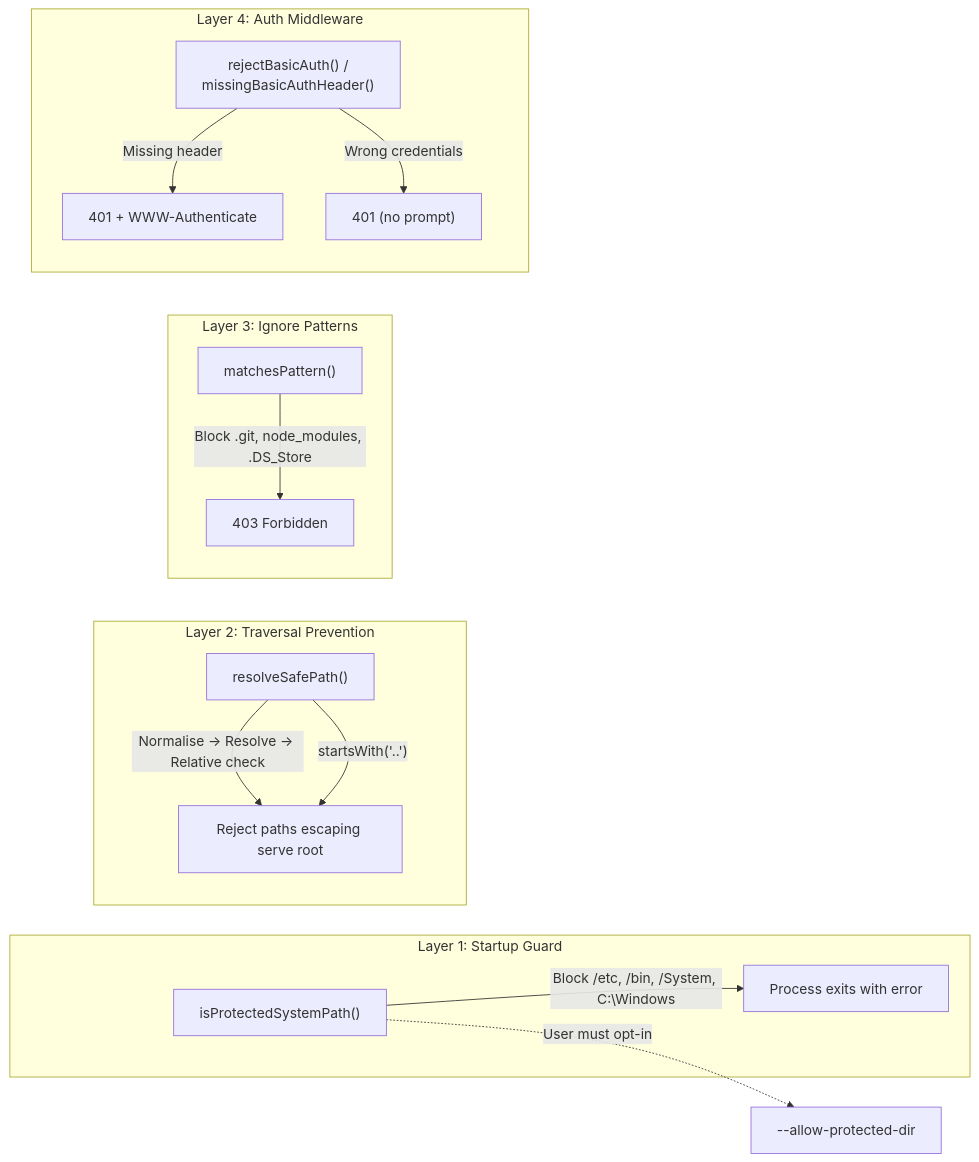
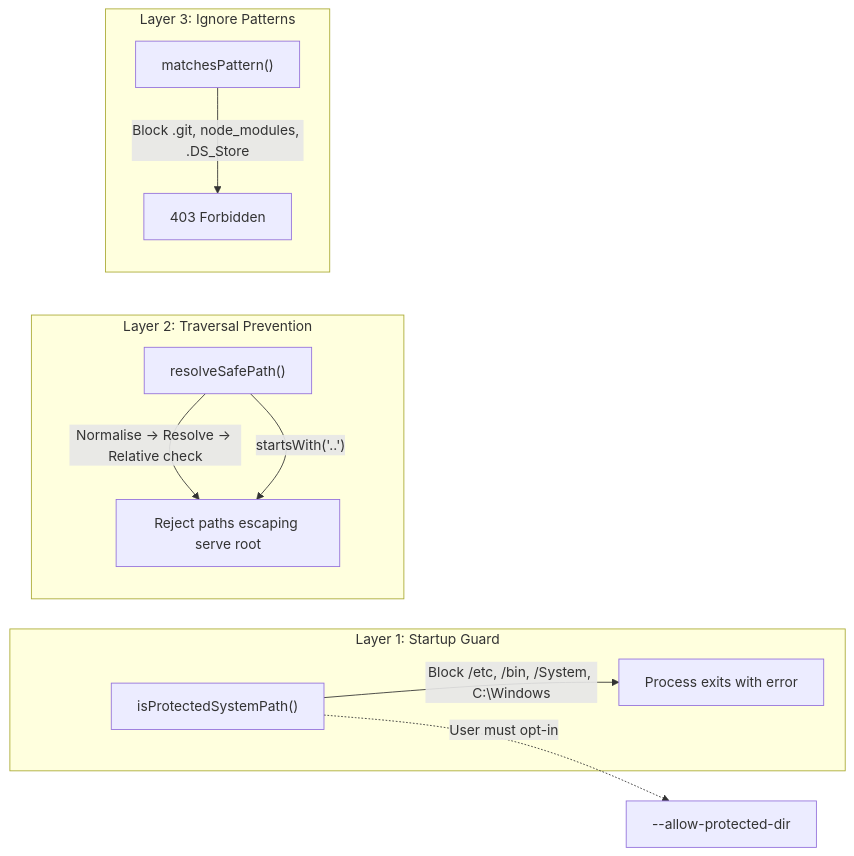
Before and after one commit to MetalbolicX/httpath: the sixth of 7 diagrams in docs/architecture.md, drawn with Mermaid. The commit also changed other lines of this file and 21 other files, not shown here.

````diff
--- a/docs/architecture.md
+++ b/docs/architecture.md
@@ -289,22 +279,17 @@
 ```mermaid
 flowchart LR
     subgraph "Layer 1: Startup Guard"
         A["isProtectedSystemPath()"] -->|Block /etc, /bin, /System, C:\Windows| B[Process exits with error]
     end
 
     subgraph "Layer 2: Traversal Prevention"
         C["resolveSafePath()"] -->|Normalise → Resolve → Relative check| D["Reject paths escaping serve root"]
     end
 
     subgraph "Layer 3: Ignore Patterns"
         E["matchesPattern()"] -->|Block .git, node_modules, .DS_Store| F["403 Forbidden"]
     end
 
-    subgraph "Layer 4: Auth Middleware"
-        H["rejectBasicAuth() /<br>missingBasicAuthHeader()"] -->|"Missing header"| I["401 + WWW-Authenticate"]
-        H -->|"Wrong credentials"| J["401 (no prompt)"]
-    end
-
     A -.->|User must opt-in| G["--allow-protected-dir"]
     C -->|"startsWith('..')"| D
 ```
````
